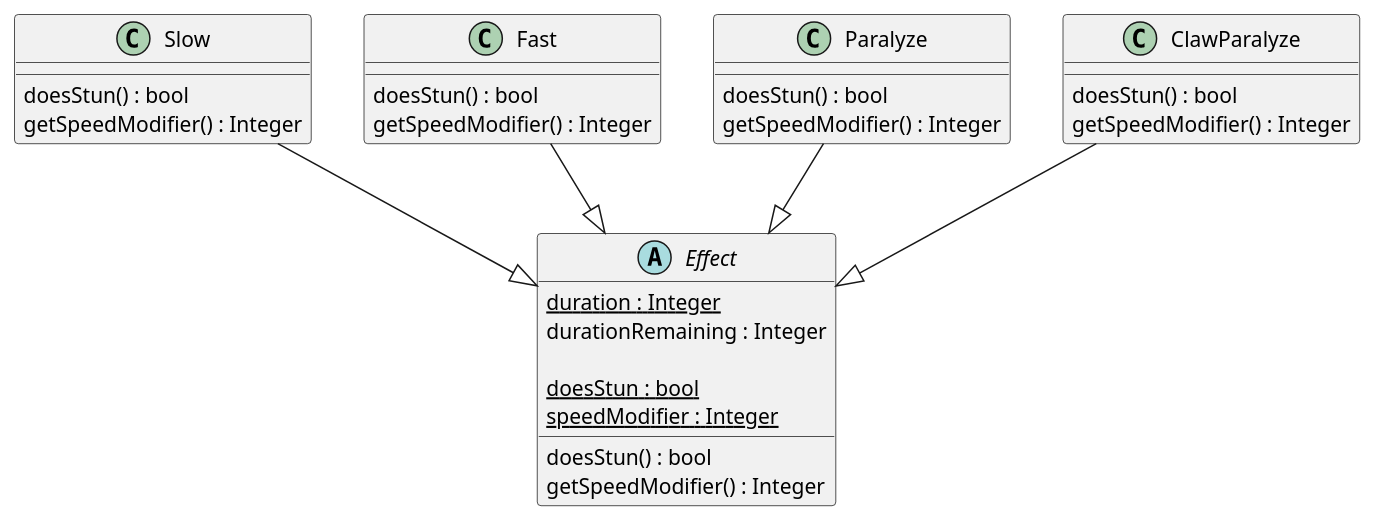
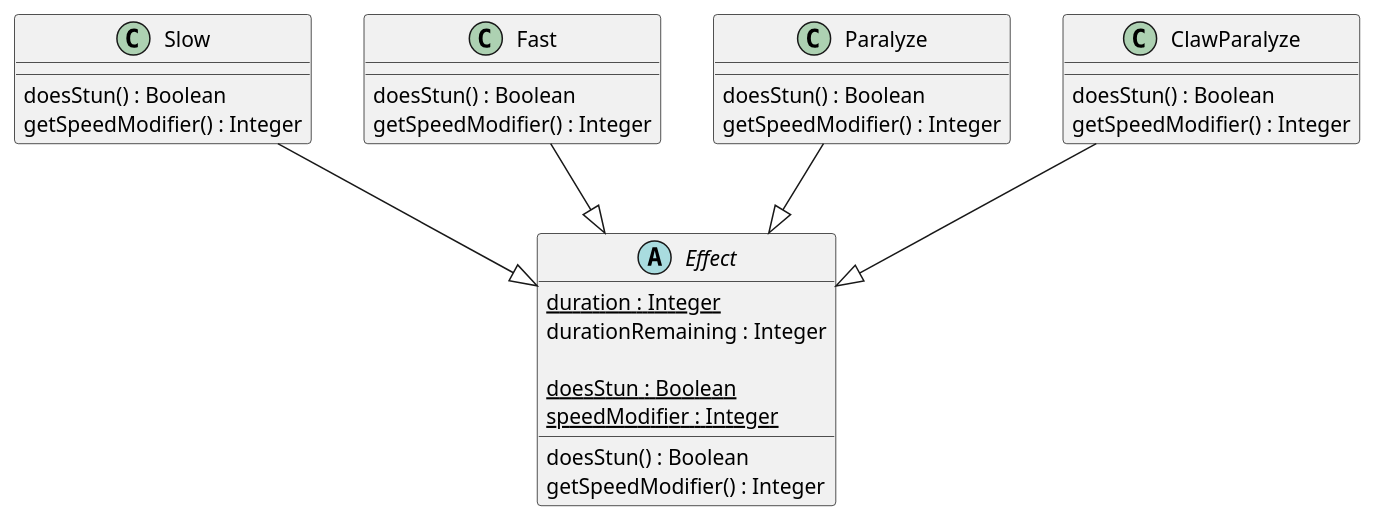
Before and after one commit to Petya-G/fungorium: the diagram in 3/classes/effect.puml, drawn with PlantUML. The commit also changed 6 other files, not shown here.

```diff
--- a/3/classes/effect.puml
+++ b/3/classes/effect.puml
@@ -1,39 +1,39 @@
 @startuml effect
 
 abstract class Effect{
     {static} duration : Integer
     durationRemaining : Integer
 
-    {static} doesStun : bool
+    {static} doesStun : Boolean
     {static} speedModifier : Integer
 
-    doesStun() : bool
+    doesStun() : Boolean
     getSpeedModifier() : Integer
 }
 
 Slow --|> Effect
 class Slow {
-    doesStun() : bool
+    doesStun() : Boolean
     getSpeedModifier() : Integer
 }
 
 Fast --|> Effect
 class Fast {
-    doesStun() : bool
+    doesStun() : Boolean
     getSpeedModifier() : Integer
 }
 
 Paralyze --|> Effect
 class Paralyze {
-    doesStun() : bool
+    doesStun() : Boolean
     getSpeedModifier() : Integer
 }
 
 ClawParalyze --|> Effect
 class ClawParalyze {
-    doesStun() : bool
+    doesStun() : Boolean
     getSpeedModifier() : Integer
 }
 
 
 @enduml
```
